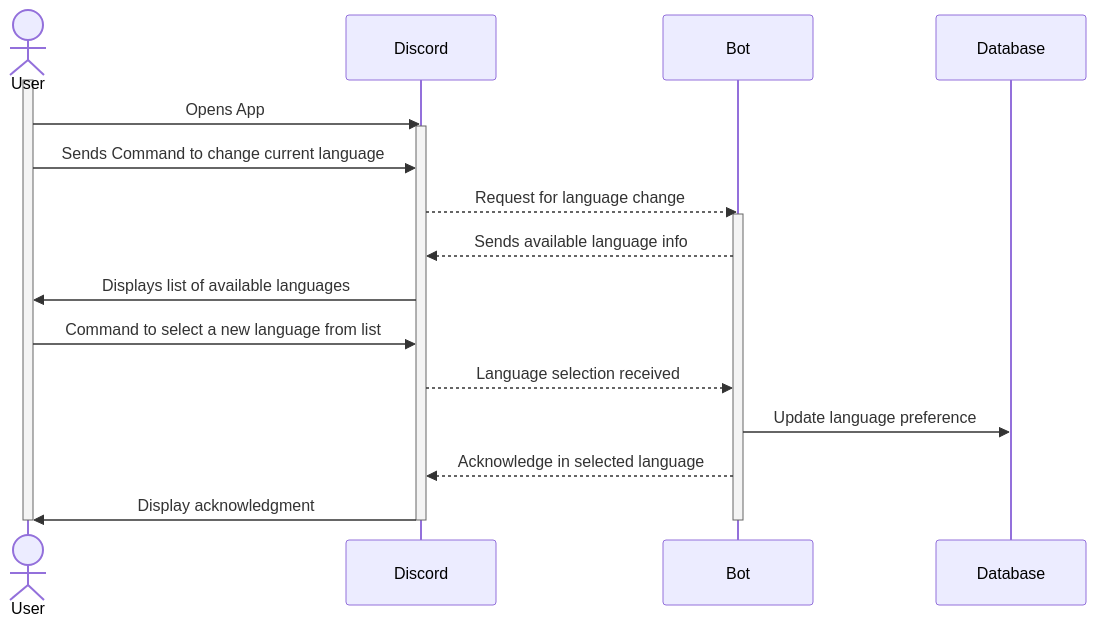
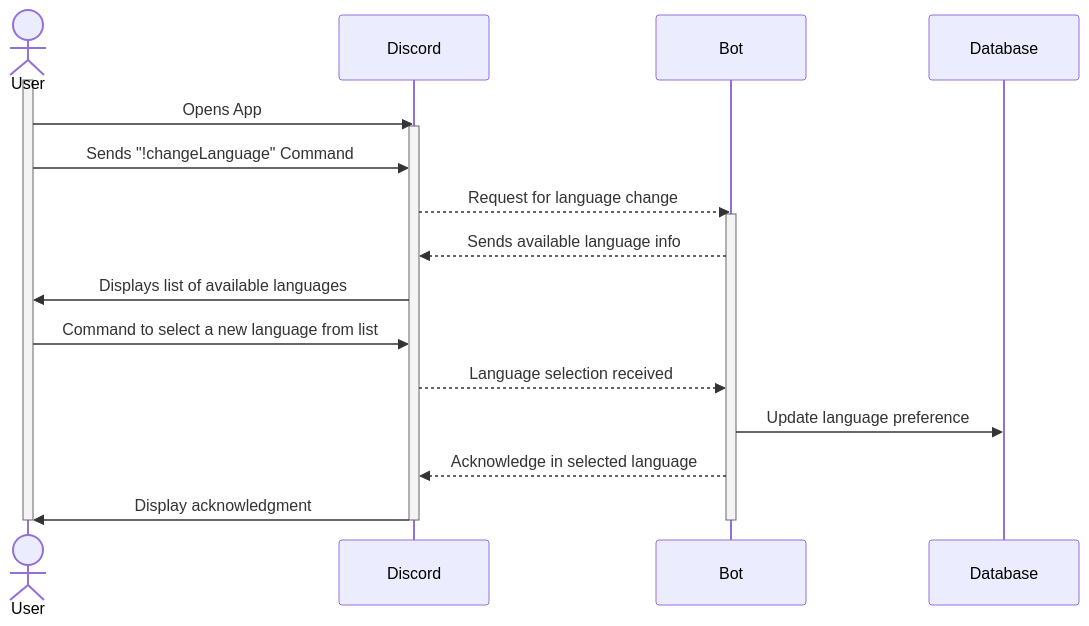
One commit to Capstone-Projects-2023-Fall/project-language-learning-discord-bot changed the sixth of 6 diagrams in documentation/docs/system-architecture/sequence-diagrams.md. Above: the diagram before and after it, drawn with Mermaid. The commit also changed other lines of this file, not shown here.

Commit message:
Revised sequence-diagrams.md

````diff
--- a/documentation/docs/system-architecture/sequence-diagrams.md
+++ b/documentation/docs/system-architecture/sequence-diagrams.md
@@ -223,24 +243,24 @@
 ```mermaid
 sequenceDiagram
 actor U as User
     participant D as Discord
     participant B as Bot
     participant DB as Database
     activate U
     U->>D: Opens App
     activate D
-    U->>D: Sends Command to change current language
+    U->>D: Sends "!changeLanguage" Command
     D-->>B: Request for language change
     activate B
     B-->>D: Sends available language info
     D->>U: Displays list of available languages
     U->>D: Command to select a new language from list
     D-->>B: Language selection received
     B->>DB: Update language preference
     B-->>D: Acknowledge in selected language
     D->>U: Display acknowledgment
     deactivate B
     deactivate D
     deactivate U
 
 ```
````
